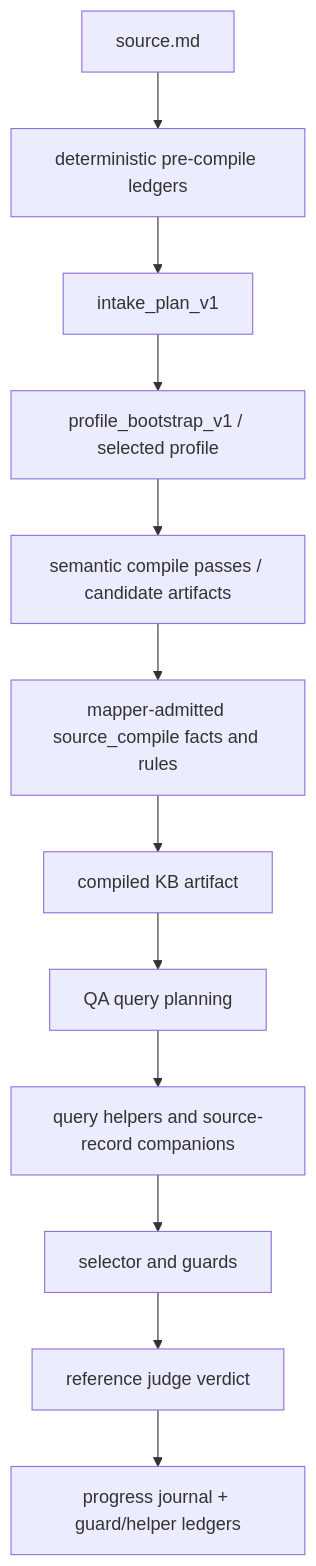
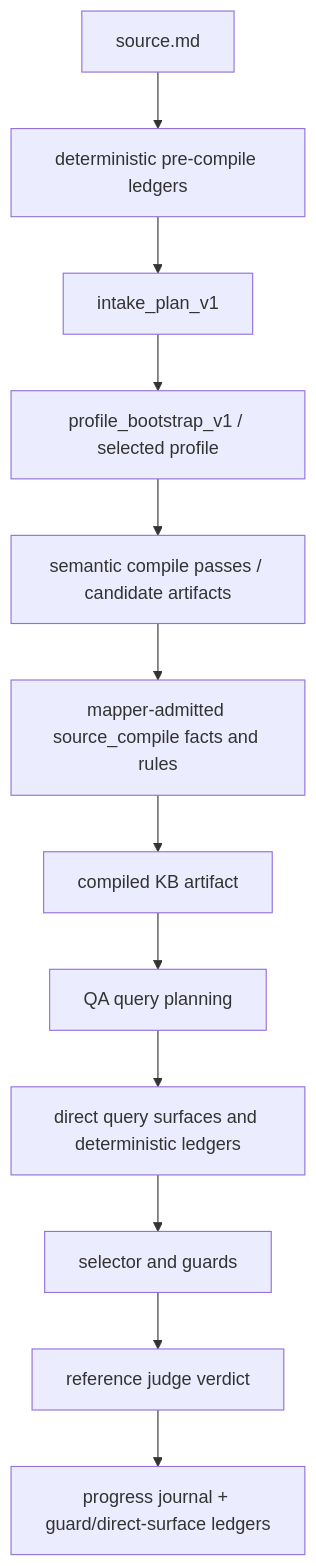
Before and after one commit to dr3d/prethinker: the second of 2 diagrams in docs/CURRENT_UTTERANCE_PIPELINE.md, drawn with Mermaid. The commit also changed other lines of this file and 11 other files, not shown here.

````diff
--- a/docs/CURRENT_UTTERANCE_PIPELINE.md
+++ b/docs/CURRENT_UTTERANCE_PIPELINE.md
@@ -123,14 +123,14 @@
 ```mermaid
 flowchart TD
   A["source.md"] --> B["deterministic pre-compile ledgers"]
   B --> C["intake_plan_v1"]
   C --> D["profile_bootstrap_v1 / selected profile"]
   D --> E["semantic compile passes / candidate artifacts"]
   E --> F["mapper-admitted source_compile facts and rules"]
   F --> G["compiled KB artifact"]
   G --> H["QA query planning"]
-  H --> I["query helpers and source-record companions"]
+  H --> I["direct query surfaces and deterministic ledgers"]
   I --> J["selector and guards"]
   J --> K["reference judge verdict"]
-  K --> L["progress journal + guard/helper ledgers"]
+  K --> L["progress journal + guard/direct-surface ledgers"]
 ```
````
